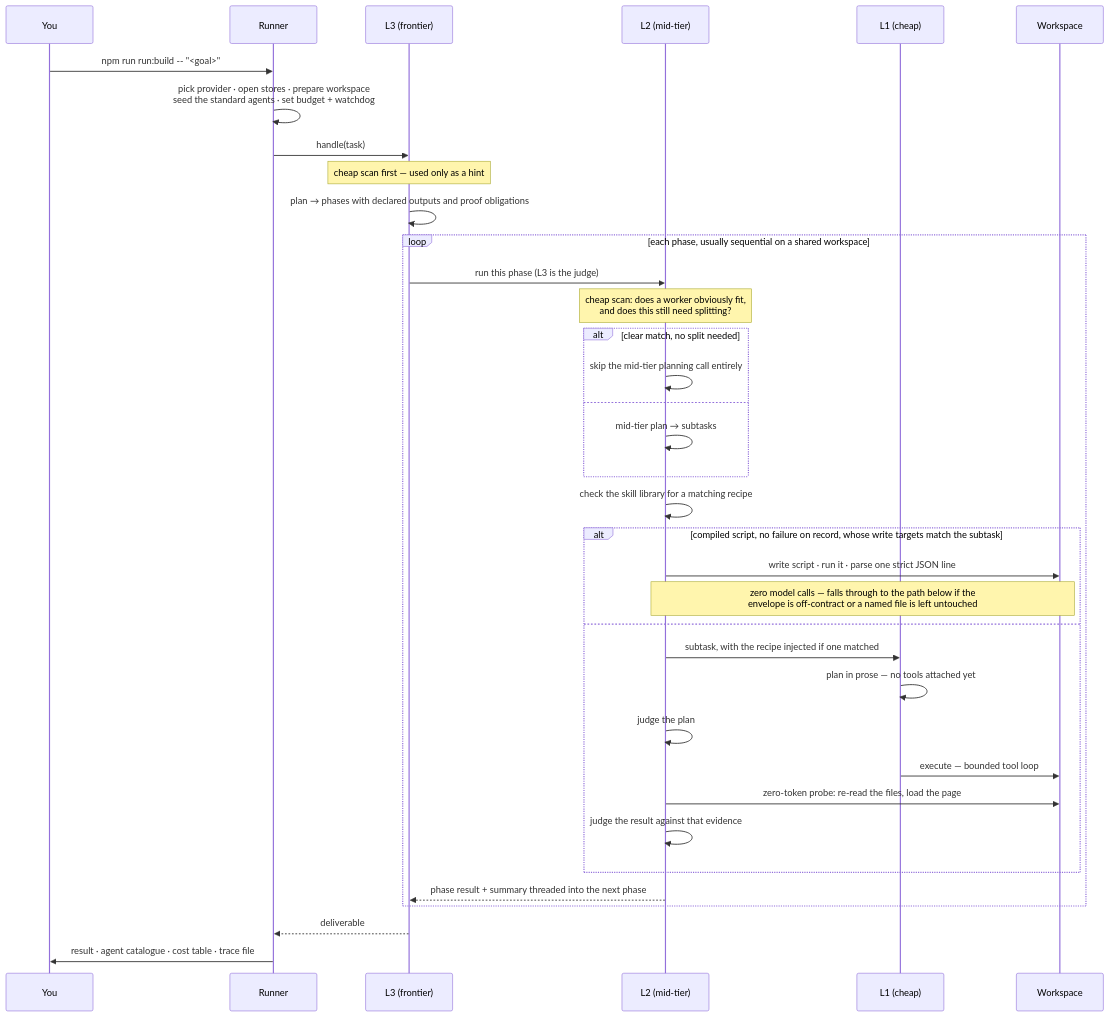
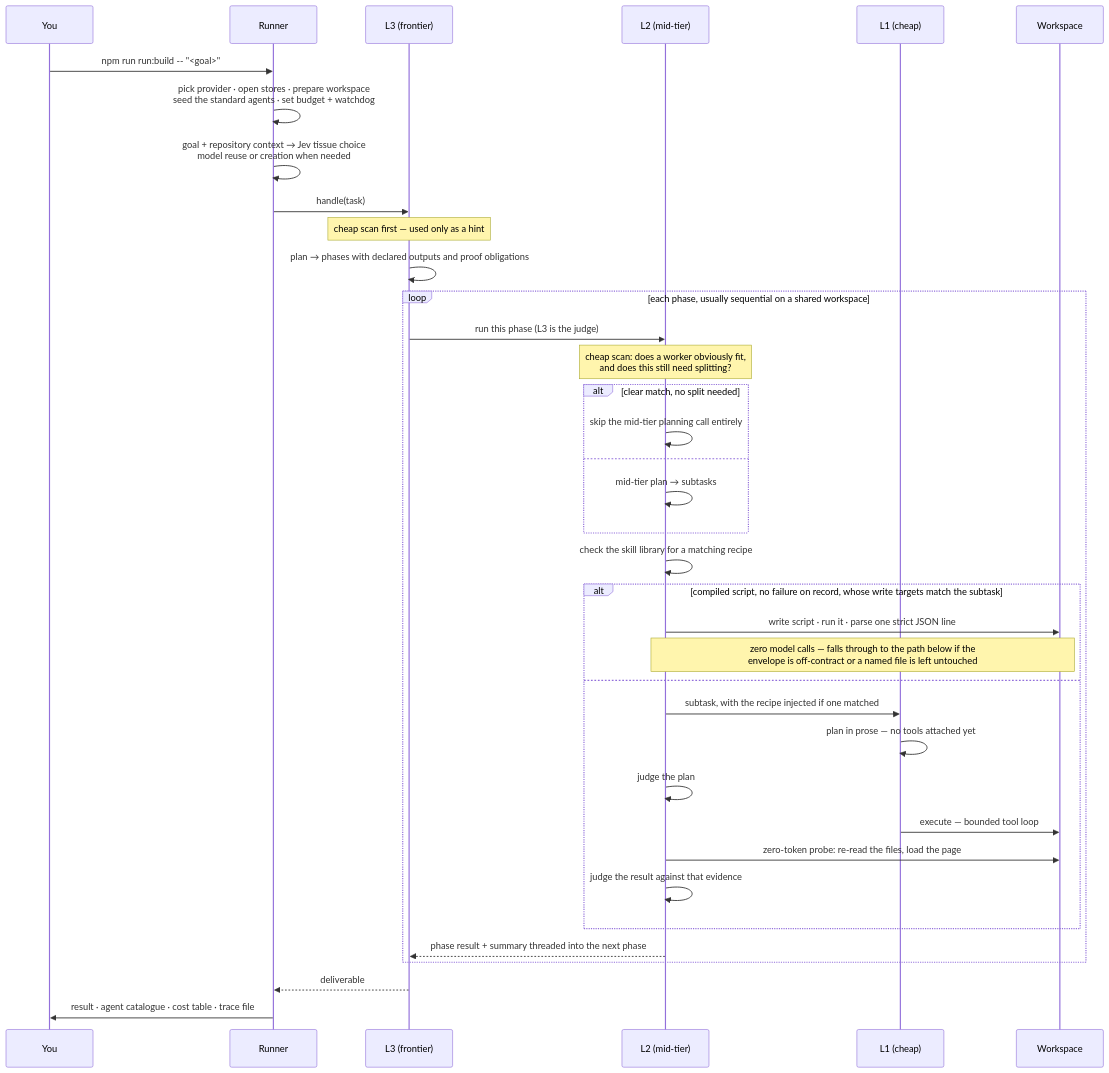
One commit to atoma-run/atoma changed the third of 6 diagrams in docs/how-it-works.md. Above: the diagram before and after it, drawn with Mermaid. The commit also changed other lines of this file and 35 other files, not shown here.

````diff
--- a/docs/how-it-works.md
+++ b/docs/how-it-works.md
@@ -244,42 +249,43 @@
 ```mermaid
 sequenceDiagram
     participant U as You
     participant R as Runner
     participant L3 as L3 (frontier)
     participant L2 as L2 (mid-tier)
     participant L1 as L1 (cheap)
     participant W as Workspace
 
     U->>R: npm run run:build -- "<goal>"
     R->>R: pick provider · open stores · prepare workspace<br/>seed the standard agents · set budget + watchdog
+    R->>R: goal + repository context → Jev tissue choice<br/>model reuse or creation when needed
     R->>L3: handle(task)
 
     Note over L3: cheap scan first — used only as a hint
     L3->>L3: plan → phases with declared outputs and proof obligations
 
     loop each phase, usually sequential on a shared workspace
         L3->>L2: run this phase (L3 is the judge)
         Note over L2: cheap scan: does a worker obviously fit,<br/>and does this still need splitting?
         alt clear match, no split needed
             L2->>L2: skip the mid-tier planning call entirely
         else
             L2->>L2: mid-tier plan → subtasks
         end
         L2->>L2: check the skill library for a matching recipe
         alt compiled script, no failure on record, whose write targets match the subtask
             L2->>W: write script · run it · parse one strict JSON line
             Note over L2,W: zero model calls — falls through to the path below if the<br/>envelope is off-contract or a named file is left untouched
         else
             L2->>L1: subtask, with the recipe injected if one matched
             L1->>L1: plan in prose — no tools attached yet
             L2->>L2: judge the plan
             L1->>W: execute — bounded tool loop
             L2->>W: zero-token probe: re-read the files, load the page
             L2->>L2: judge the result against that evidence
         end
         L2-->>L3: phase result + summary threaded into the next phase
     end
 
     L3-->>R: deliverable
     R->>U: result · agent catalogue · cost table · trace file
 ```
````
